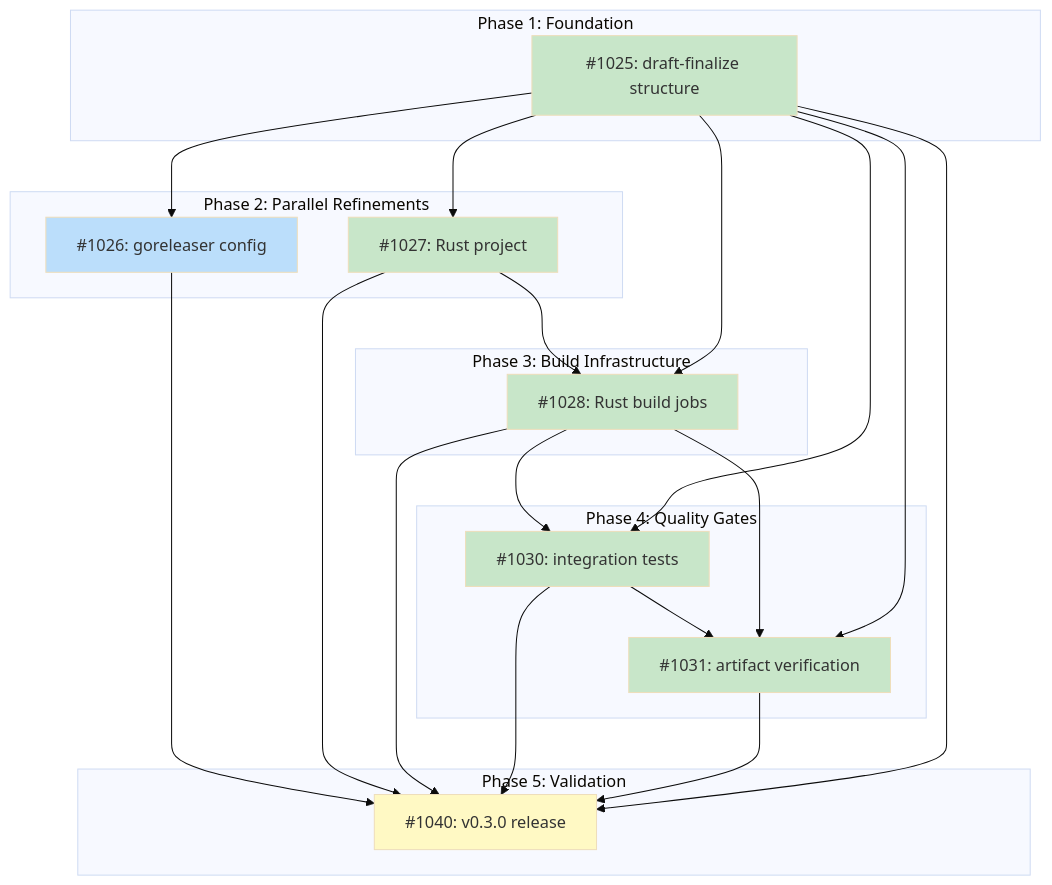
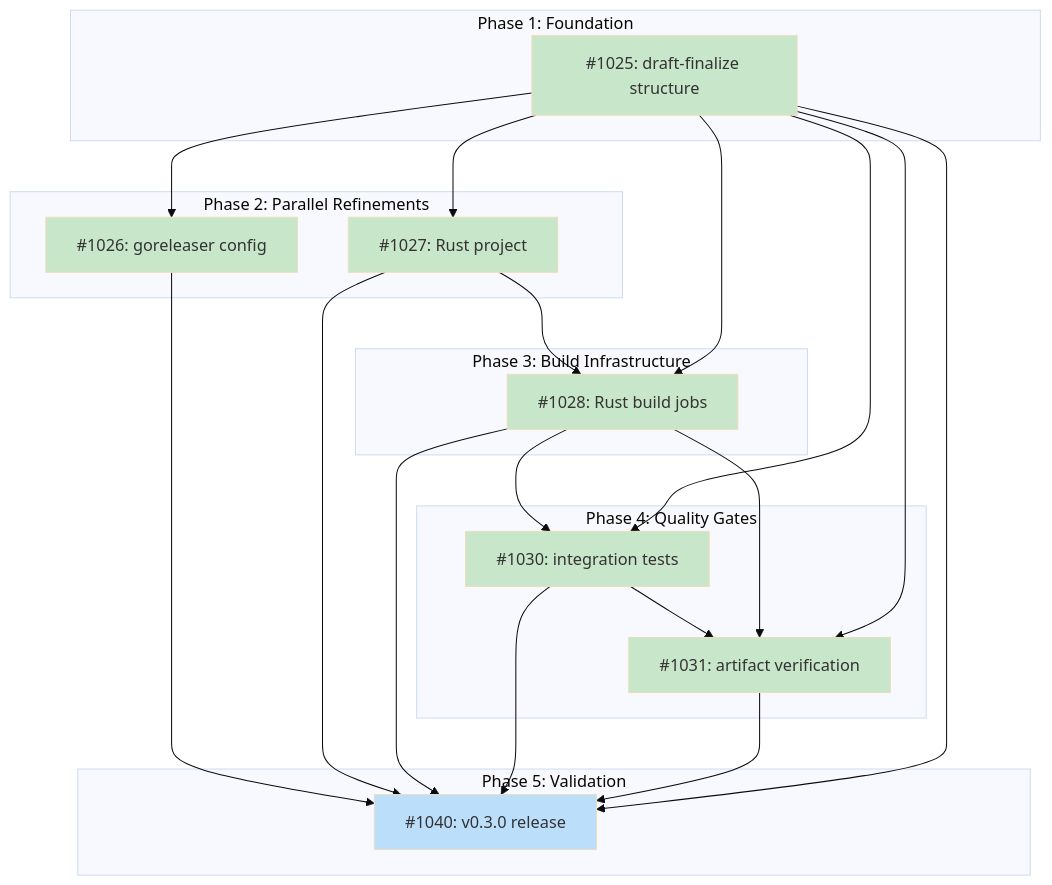
The diagram in docs/designs/DESIGN-release-workflow-native.md (tsukumogami/tsuku), drawn with Mermaid (base theme) before and after one commit. The commit also changed 3 other files, not shown here.

````diff
--- a/docs/designs/DESIGN-release-workflow-native.md
+++ b/docs/designs/DESIGN-release-workflow-native.md
@@ -28,49 +28,48 @@
 ```mermaid
 graph TD
     subgraph Phase1["Phase 1: Foundation"]
         I1025["#1025: draft-finalize structure"]
     end
 
     subgraph Phase2["Phase 2: Parallel Refinements"]
         I1026["#1026: goreleaser config"]
         I1027["#1027: Rust project"]
     end
 
     subgraph Phase3["Phase 3: Build Infrastructure"]
         I1028["#1028: Rust build jobs"]
     end
 
     subgraph Phase4["Phase 4: Quality Gates"]
         I1030["#1030: integration tests"]
         I1031["#1031: artifact verification"]
     end
 
     subgraph Phase5["Phase 5: Validation"]
         I1040["#1040: v0.3.0 release"]
     end
 
     I1025 --> I1026
     I1025 --> I1027
     I1027 --> I1028
     I1025 --> I1028
     I1028 --> I1030
     I1025 --> I1030
     I1030 --> I1031
     I1028 --> I1031
     I1025 --> I1031
     I1026 --> I1040
     I1027 --> I1040
     I1028 --> I1040
     I1030 --> I1040
     I1031 --> I1040
     I1025 --> I1040
 
     classDef done fill:#c8e6c9
     classDef ready fill:#bbdefb
     classDef blocked fill:#fff9c4
     classDef needsDesign fill:#e1bee7
 
-    class I1025,I1027,I1028,I1030,I1031 done
-    class I1026 ready
-    class I1040 blocked
+    class I1025,I1026,I1027,I1028,I1030,I1031 done
+    class I1040 ready
 ```
````
